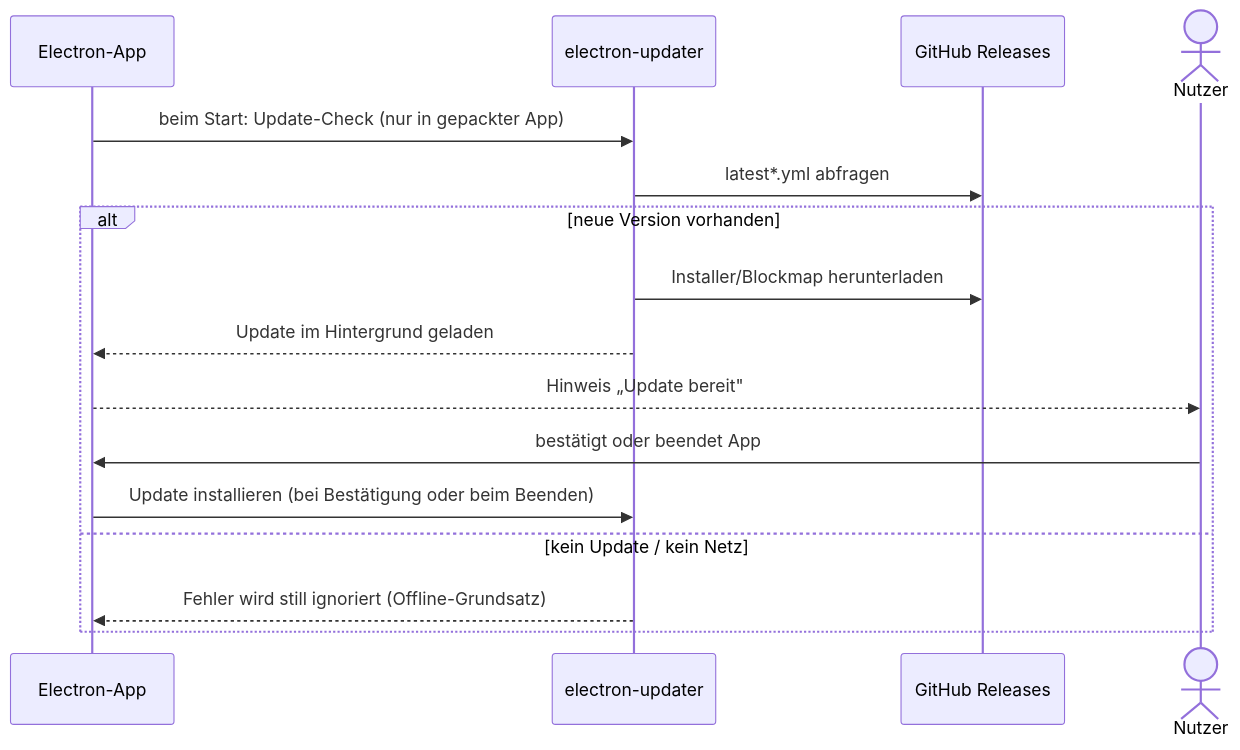
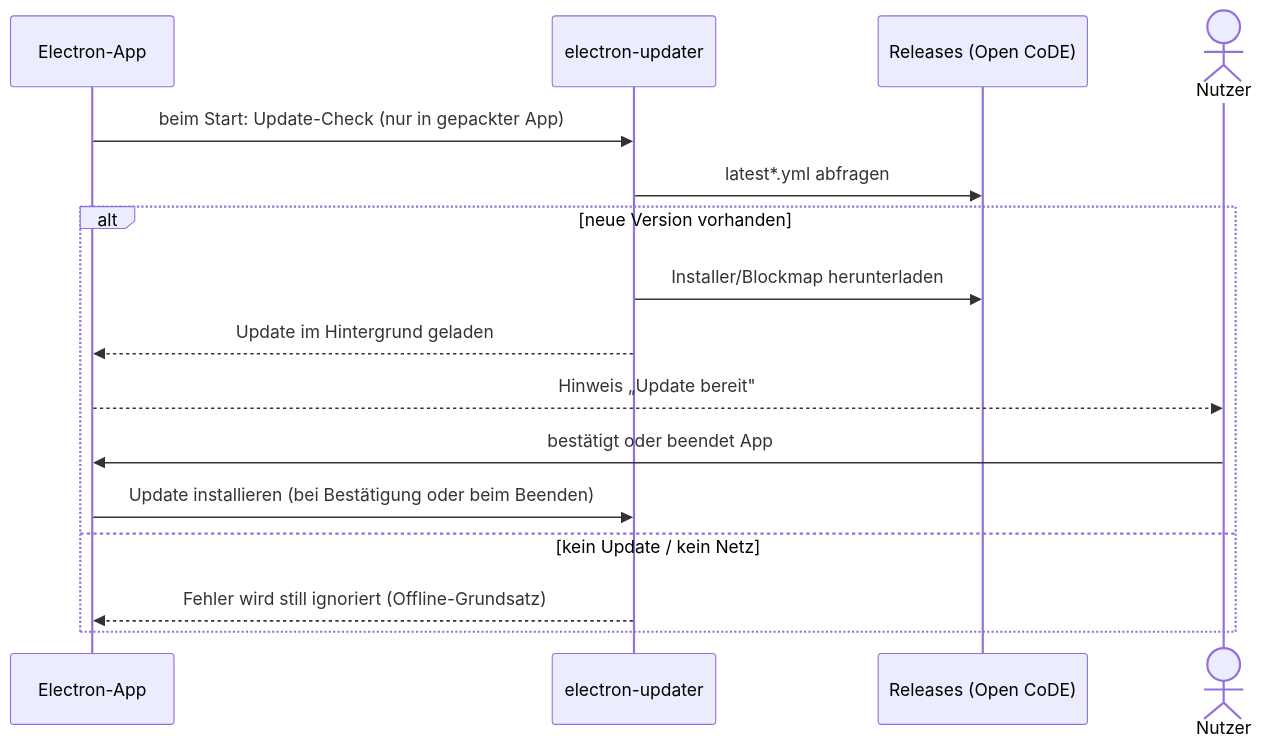
One commit to wattnpapa/erfassungsbogen changed the ninth of 12 diagrams in docs/arc42-architektur.md. Above: the diagram before and after it, drawn with Mermaid. The commit also changed other lines of this file and 47 other files, not shown here.

````diff
--- a/docs/arc42-architektur.md
+++ b/docs/arc42-architektur.md
@@ -837,19 +840,19 @@
 ```mermaid
 sequenceDiagram
   participant App as Electron-App
   participant Upd as electron-updater
-  participant GH as GitHub Releases
+  participant GH as Releases (Open CoDE)
   actor Nutzer
 
   App->>Upd: beim Start: Update-Check (nur in gepackter App)
   Upd->>GH: latest*.yml abfragen
   alt neue Version vorhanden
     Upd->>GH: Installer/Blockmap herunterladen
     Upd-->>App: Update im Hintergrund geladen
     App-->>Nutzer: Hinweis „Update bereit"
     Nutzer->>App: bestätigt oder beendet App
     App->>Upd: Update installieren (bei Bestätigung oder beim Beenden)
   else kein Update / kein Netz
     Upd-->>App: Fehler wird still ignoriert (Offline-Grundsatz)
   end
 ```
````
